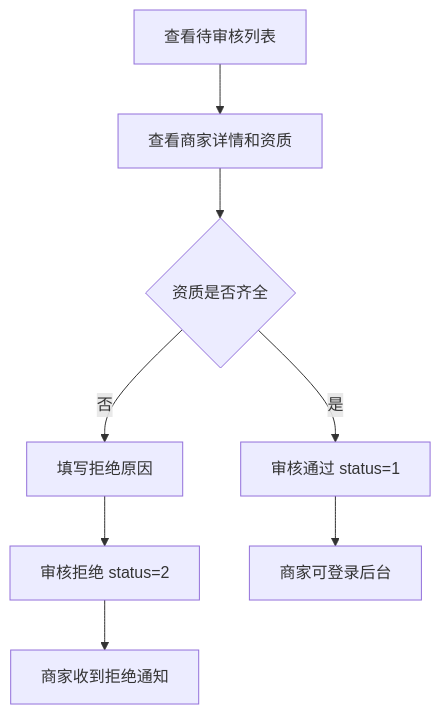
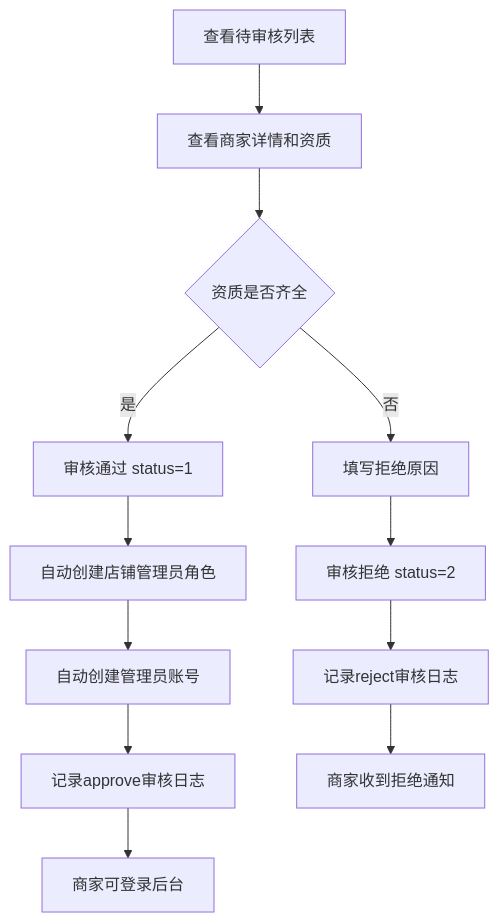
Before and after one commit to aliquanhou/tllos-mall: the diagram in backend/resources/docs/modules/merchant/audit.md, drawn with Mermaid. The commit also changed other lines of this file and 3 other files, not shown here.

````diff
--- a/backend/resources/docs/modules/merchant/audit.md
+++ b/backend/resources/docs/modules/merchant/audit.md
@@ -46,10 +68,14 @@
 ```mermaid
 flowchart TD
     A[查看待审核列表] --> B[查看商家详情和资质]
     B --> C{资质是否齐全}
     C -->|是| D[审核通过 status=1]
     C -->|否| E[填写拒绝原因]
     E --> F[审核拒绝 status=2]
-    D --> G[商家可登录后台]
-    F --> H[商家收到拒绝通知]
+    D --> G[自动创建店铺管理员角色]
+    G --> H[自动创建管理员账号]
+    H --> I[记录approve审核日志]
+    I --> J[商家可登录后台]
+    F --> K[记录reject审核日志]
+    K --> L[商家收到拒绝通知]
 ```
````
